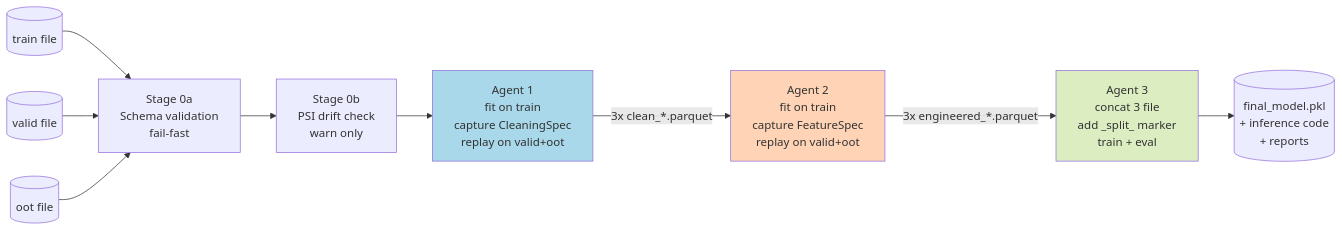
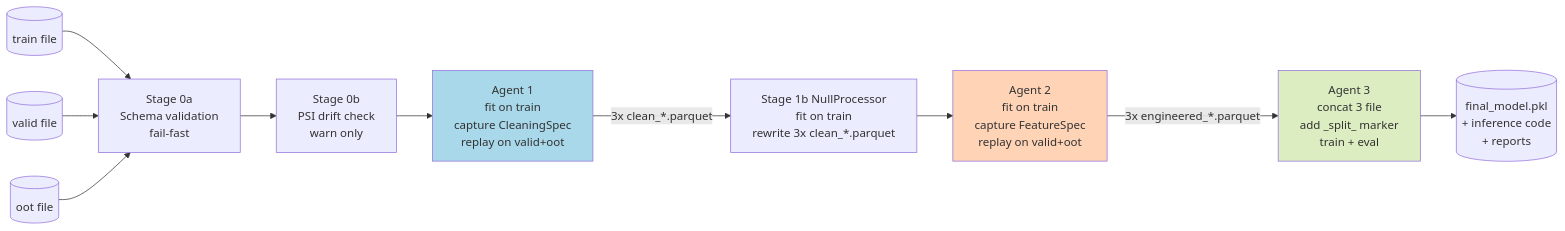
Before and after one commit to baongoc83/Multi-Agent-Auto-ML_NB: the third of 25 diagrams in docs/architecture.md, drawn with Mermaid. The commit also changed other lines of this file and 6 other files, not shown here.

````diff
--- a/docs/architecture.md
+++ b/docs/architecture.md
@@ -114,18 +126,19 @@
 ```mermaid
 flowchart LR
     Train[(train file)] --> S0a
     Valid[(valid file)] --> S0a
     OOT[(oot file)] --> S0a
 
     S0a[Stage 0a<br/>Schema validation<br/>fail-fast] --> S0b
     S0b[Stage 0b<br/>PSI drift check<br/>warn only] --> A1
 
-    A1[Agent 1<br/>fit on train<br/>capture CleaningSpec<br/>replay on valid+oot] -->|3x clean_*.parquet| A2
+    A1[Agent 1<br/>fit on train<br/>capture CleaningSpec<br/>replay on valid+oot] -->|3x clean_*.parquet| NP
+    NP[Stage 1b NullProcessor<br/>fit on train<br/>rewrite 3x clean_*.parquet] --> A2
     A2[Agent 2<br/>fit on train<br/>capture FeatureSpec<br/>replay on valid+oot] -->|3x engineered_*.parquet| A3
     A3[Agent 3<br/>concat 3 file<br/>add _split_ marker<br/>train + eval]
     A3 --> Outs[(final_model.pkl<br/>+ inference code<br/>+ reports)]
 
     style A1 fill:#a8d8ea
     style A2 fill:#ffd3b6
     style A3 fill:#dcedc1
 ```
````
